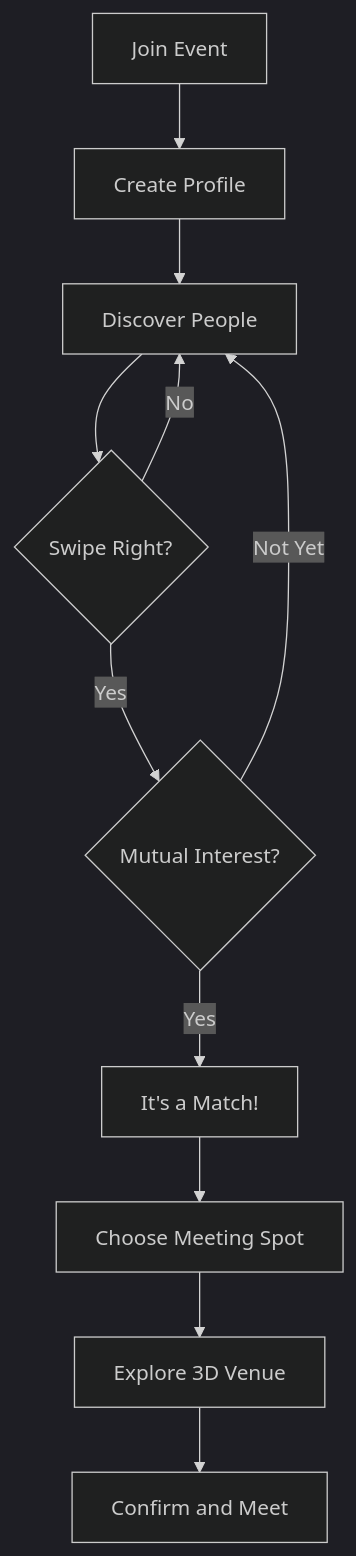
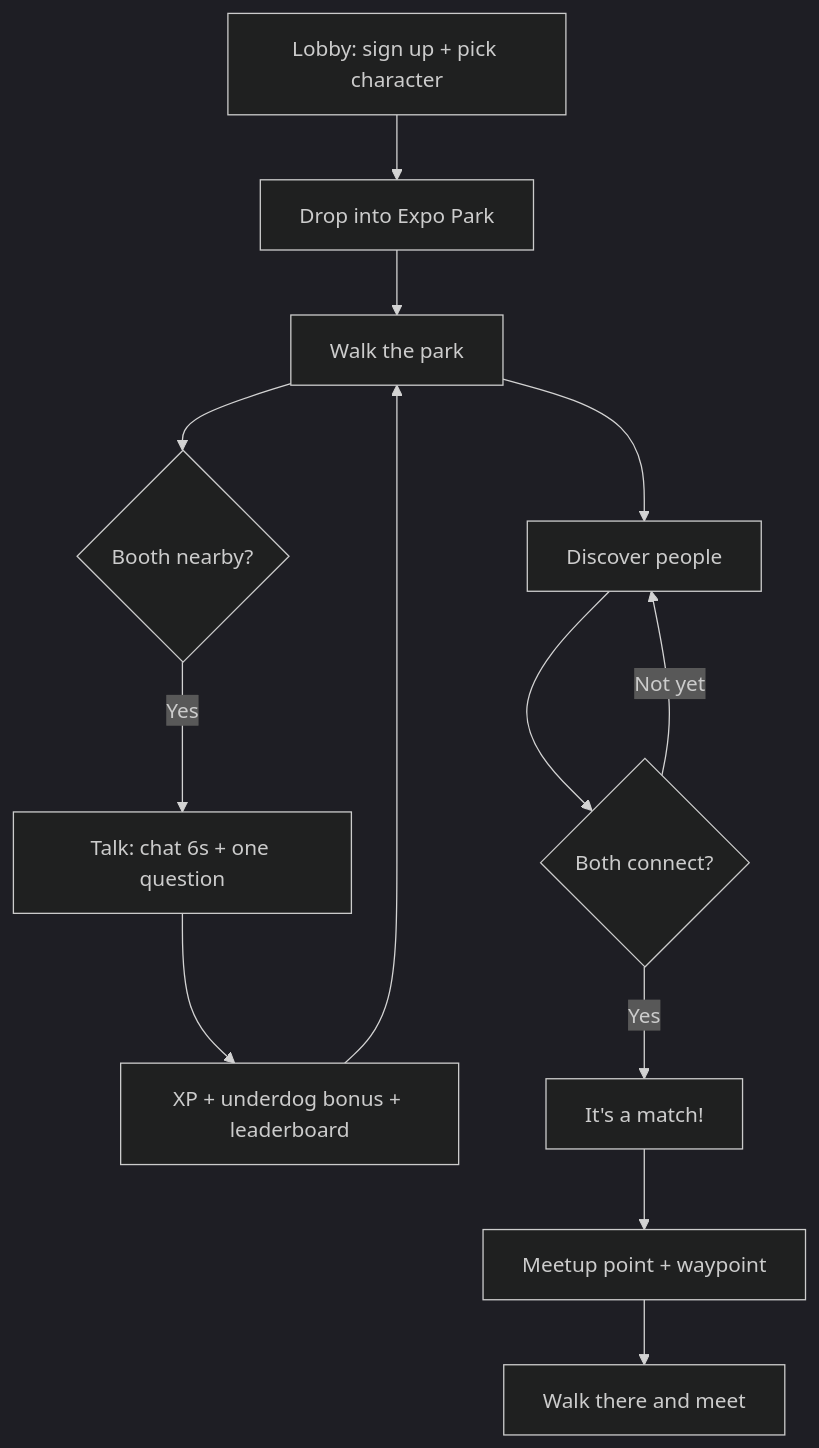
The first of 2 diagrams in MeetSpace_Hackathon_MVP.md (anonymousminh/salty-cluster), drawn with Mermaid (dark theme) before and after one commit. The commit also changed other lines of this file and 2 other files, not shown here.

First line of the commit message:
Update docs and MVP for the Expo Park game concept

````diff
--- a/MeetSpace_Hackathon_MVP.md
+++ b/MeetSpace_Hackathon_MVP.md
@@ -33,13 +42,15 @@
 ```mermaid
 flowchart TD
-    A[Join Event] --> B[Create Profile]
-    B --> C[Discover People]
-    C --> D{Swipe Right?}
-    D -->|No| C
-    D -->|Yes| E{Mutual Interest?}
-    E -->|Not Yet| C
-    E -->|Yes| F[It's a Match!]
-    F --> G[Choose Meeting Spot]
-    G --> H[Explore 3D Venue]
-    H --> I[Confirm and Meet]
+    A[Lobby: sign up + pick character] --> B[Drop into Expo Park]
+    B --> C[Walk the park]
+    C --> D{Booth nearby?}
+    D -->|Yes| E[Talk: chat 6s + one question]
+    E --> F[XP + underdog bonus + leaderboard]
+    F --> C
+    C --> G[Discover people]
+    G --> H{Both connect?}
+    H -->|Not yet| G
+    H -->|Yes| I[It's a match!]
+    I --> J[Meetup point + waypoint]
+    J --> K[Walk there and meet]
 ```
````
